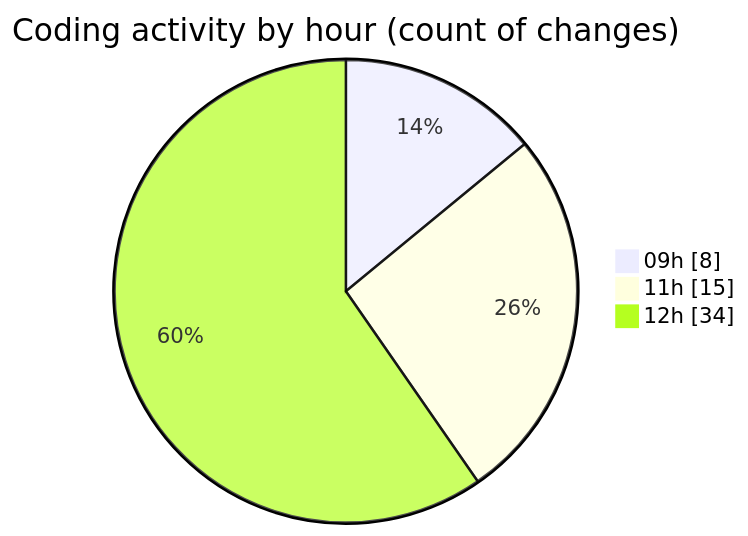
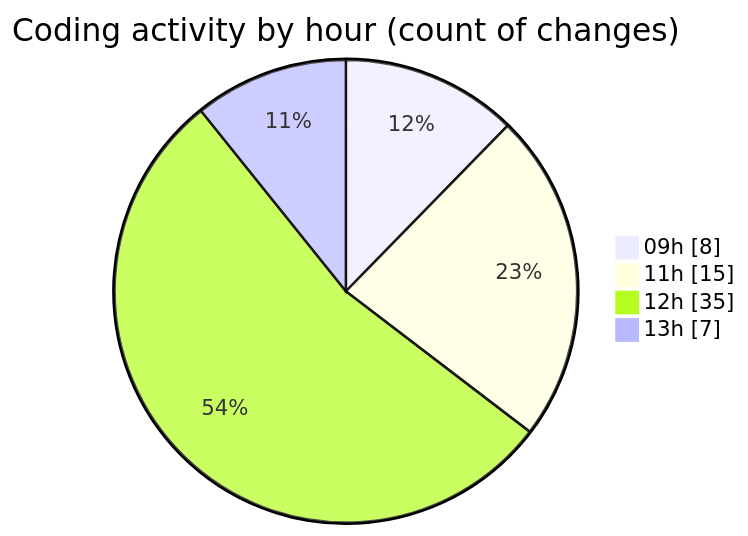
The second of 2 diagrams in 2025-11-20/cda/README.md (momahboobian/code-tracking), drawn with Mermaid before and after one commit. The commit also changed other lines of this file and 1 other file, not shown here.

````diff
--- a/2025-11-20/cda/README.md
+++ b/2025-11-20/cda/README.md
@@ -39,7 +40,8 @@
 ```mermaid
 pie showData
 title Coding activity by hour (count of changes)
 "09h" : 8
 "11h" : 15
-"12h" : 34
+"12h" : 35
+"13h" : 7
 ```
````
